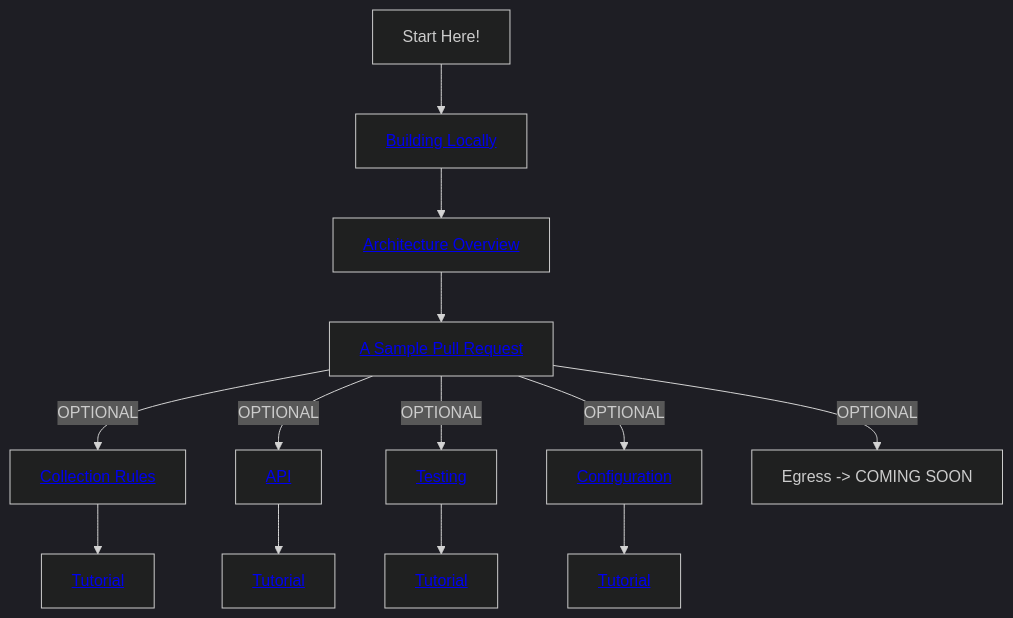
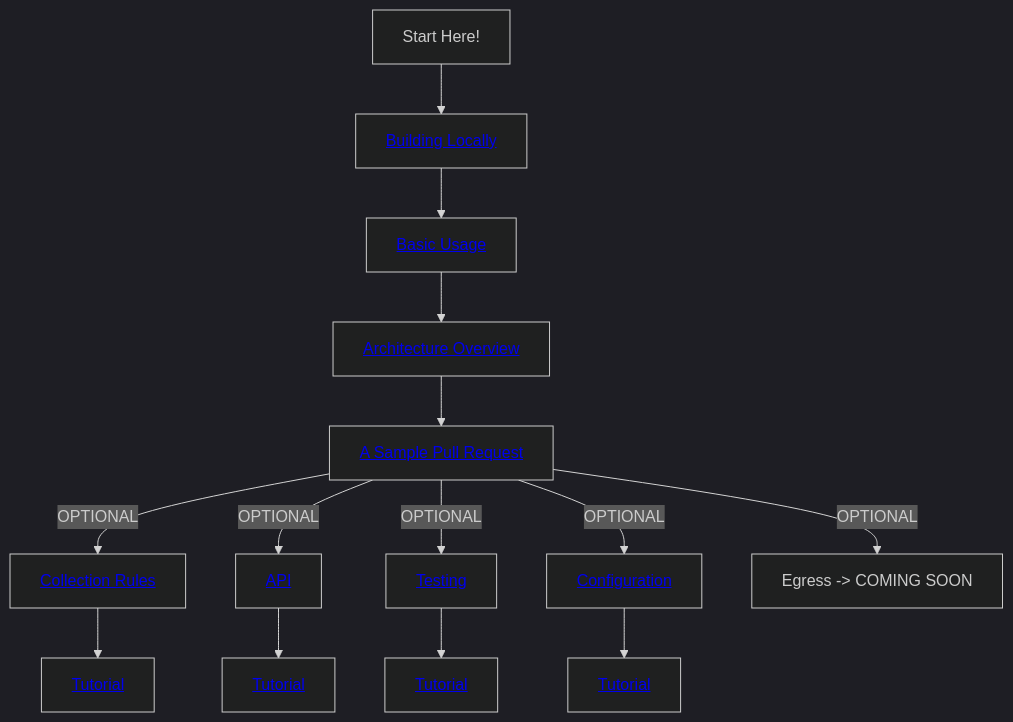
One commit to dotnet/dotnet-monitor changed the diagram in documentation/learningPath/README.md. Above: the diagram before and after it, drawn with Mermaid (dark theme).

````diff
--- a/documentation/learningPath/README.md
+++ b/documentation/learningPath/README.md
@@ -8,15 +8,16 @@
 ```mermaid
 graph TD
     B[Start Here!] --> C[<a href='https://github.com/dotnet/dotnet-monitor/blob/main/documentation/building.md'>Building Locally</a>]
-    C --> D[<a href='https://github.com/kkeirstead/dotnet-monitor/blob/kkeirstead/LearningPath/documentation/learningPath/architecture.md'>Architecture Overview</a>]
-    D --> G[<a href='https://github.com/kkeirstead/dotnet-monitor/blob/kkeirstead/LearningPath/documentation/learningPath/sample-pull-request.md'>A Sample Pull Request</a>]
+    C --> D[<a href='https://github.com/kkeirstead/dotnet-monitor/blob/kkeirstead/LearningPath/documentation/learningPath/basic-usage.md'>Basic Usage</a>]
+    D --> E[<a href='https://github.com/kkeirstead/dotnet-monitor/blob/kkeirstead/LearningPath/documentation/learningPath/architecture.md'>Architecture Overview</a>]
+    E --> G[<a href='https://github.com/kkeirstead/dotnet-monitor/blob/kkeirstead/LearningPath/documentation/learningPath/sample-pull-request.md'>A Sample Pull Request</a>]
     G --> |OPTIONAL| H[<a href='https://github.com/kkeirstead/dotnet-monitor/blob/kkeirstead/LearningPath/documentation/learningPath/collectionrules.md'>Collection Rules</a>]
     G --> |OPTIONAL| I[<a href='https://github.com/kkeirstead/dotnet-monitor/blob/kkeirstead/LearningPath/documentation/learningPath/api.md'>API</a>]
     G --> |OPTIONAL| J["<a href='https://github.com/kkeirstead/dotnet-monitor/blob/kkeirstead/LearningPath/documentation/learningPath/testing.md'>Testing</a>"]
     G --> |OPTIONAL| K["<a href='https://github.com/kkeirstead/dotnet-monitor/blob/kkeirstead/LearningPath/documentation/learningPath/configuration.md'>Configuration</a>"]
     G --> |OPTIONAL| L[Egress -> COMING SOON]
     H --> Q[<a href='https://github.com/kkeirstead/dotnet-monitor/blob/kkeirstead/LearningPath/documentation/learningPath/tutorials/update-a-collection-rule.md'>Tutorial</a>]
     I --> R[<a href='https://github.com/kkeirstead/dotnet-monitor/blob/kkeirstead/LearningPath/documentation/learningPath/tutorials/update-api-endpoint.md'>Tutorial</a>]
     J --> S[<a href='https://github.com/kkeirstead/dotnet-monitor/blob/kkeirstead/LearningPath/documentation/learningPath/tutorials/update-configuration.md'>Tutorial</a>]
     K --> T[<a href='https://github.com/kkeirstead/dotnet-monitor/blob/kkeirstead/LearningPath/documentation/learningPath/tutorials/update-testing.md'>Tutorial</a>]
 ```
````
